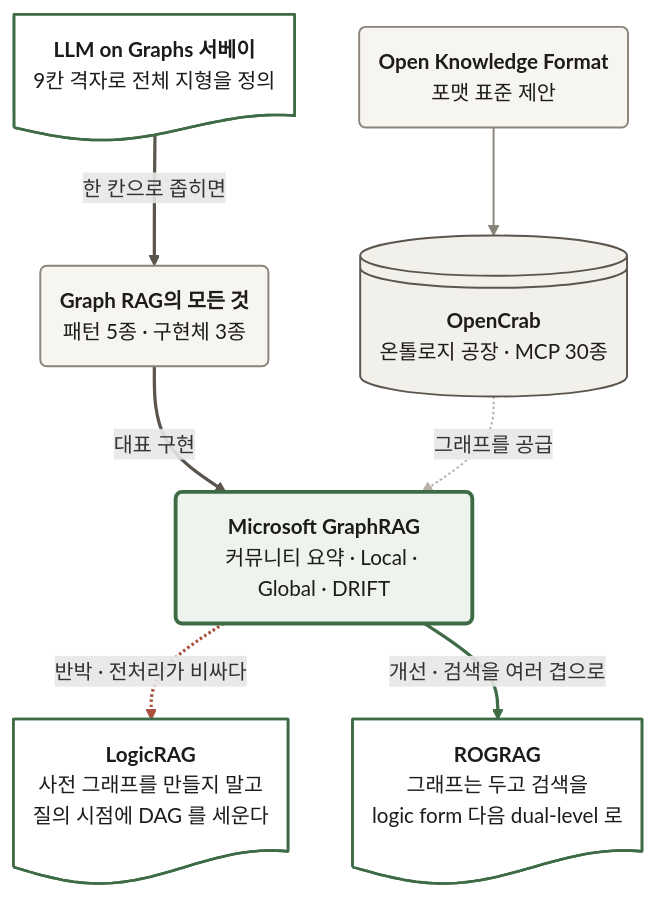
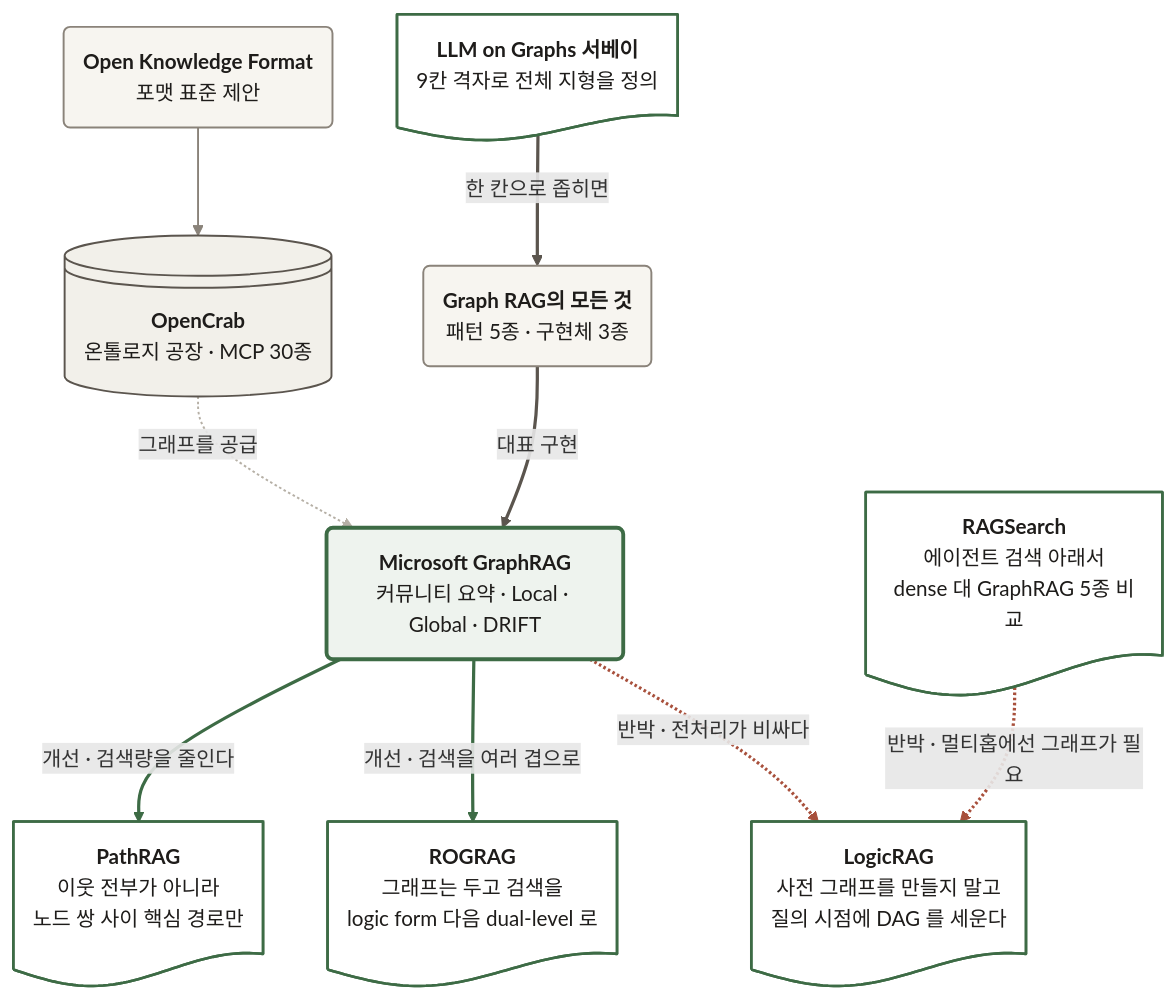
The second of 3 diagrams in readings/_maps/graphrag_지식지도.md (workdd/I_AM_ML_Engineer), drawn with Mermaid before and after one commit. The commit also changed other lines of this file and 2 other files, not shown here.

First line of the commit message:
docs: RAGSearch·PathRAG를 README·지식 지도·읽기 대기열에 연결

````diff
--- a/readings/_maps/graphrag_지식지도.md
+++ b/readings/_maps/graphrag_지식지도.md
@@ -56,32 +56,38 @@
 ```mermaid
 flowchart TB
   SUR@{ shape: doc, label: "**LLM on Graphs 서베이**<br/>9칸 격자로 전체 지형을 정의" }
   LAND@{ shape: rounded, label: "**Graph RAG의 모든 것**<br/>패턴 5종 · 구현체 3종" }
   MS@{ shape: rounded, label: "**Microsoft GraphRAG**<br/>커뮤니티 요약 · Local · Global · DRIFT" }
   LOGIC@{ shape: doc, label: "**LogicRAG**<br/>사전 그래프를 만들지 말고<br/>질의 시점에 DAG 를 세운다" }
   ROG@{ shape: doc, label: "**ROGRAG**<br/>그래프는 두고 검색을<br/>logic form 다음 dual-level 로" }
   OKF@{ shape: rounded, label: "**Open Knowledge Format**<br/>포맷 표준 제안" }
   CRAB@{ shape: lin-cyl, label: "**OpenCrab**<br/>온톨로지 공장 · MCP 30종" }
+  PATH@{ shape: doc, label: "**PathRAG**<br/>이웃 전부가 아니라<br/>노드 쌍 사이 핵심 경로만" }
+  RSB@{ shape: doc, label: "**RAGSearch**<br/>에이전트 검색 아래서<br/>dense 대 GraphRAG 5종 비교" }
 
   SUR ==>|"한 칸으로 좁히면"| LAND
   LAND ==>|"대표 구현"| MS
   MS -.->|"반박 · 전처리가 비싸다"| LOGIC
   MS -->|"개선 · 검색을 여러 겹으로"| ROG
   OKF --> CRAB
   CRAB -.->|"그래프를 공급"| MS
+  MS -->|"개선 · 검색량을 줄인다"| PATH
+  RSB -.->|"반박 · 멀티홉에선 그래프가 필요"| LOGIC
 
   linkStyle 0,1 stroke:#5b554e,stroke-width:2.5px
   linkStyle 2 stroke:#a8503c,stroke-width:2.5px
   linkStyle 3 stroke:#3d6b45,stroke-width:2.5px
   linkStyle 4 stroke:#8a837a,stroke-width:1.5px
   linkStyle 5 stroke:#b6b0a6,stroke-width:1.5px
+  linkStyle 6 stroke:#3d6b45,stroke-width:2.5px
+  linkStyle 7 stroke:#a8503c,stroke-width:2.5px
 
   classDef paper fill:#ffffff,stroke:#3d6b45,stroke-width:2px,color:#1e1c1a
   classDef blog  fill:#f7f5f0,stroke:#8a837a,stroke-width:1.5px,color:#1e1c1a
   classDef repo  fill:#f2f0ea,stroke:#5b554e,stroke-width:1.5px,color:#1e1c1a
   classDef base  fill:#eef3ee,stroke:#3d6b45,stroke-width:3px,color:#1e1c1a
-  class SUR,LOGIC,ROG paper
+  class SUR,LOGIC,ROG,PATH,RSB paper
   class LAND,OKF blog
   class CRAB repo
   class MS base
 ```
````
